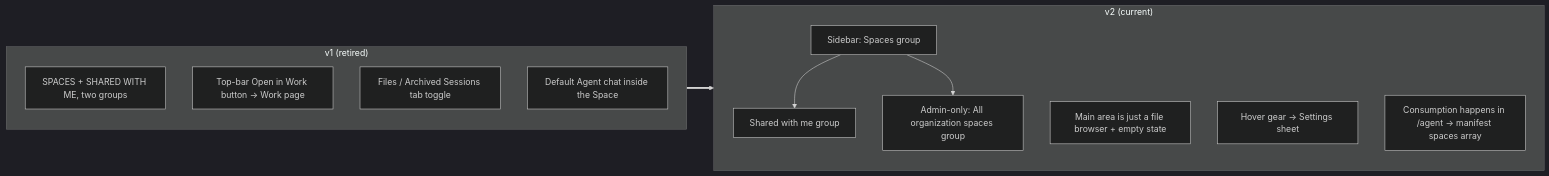
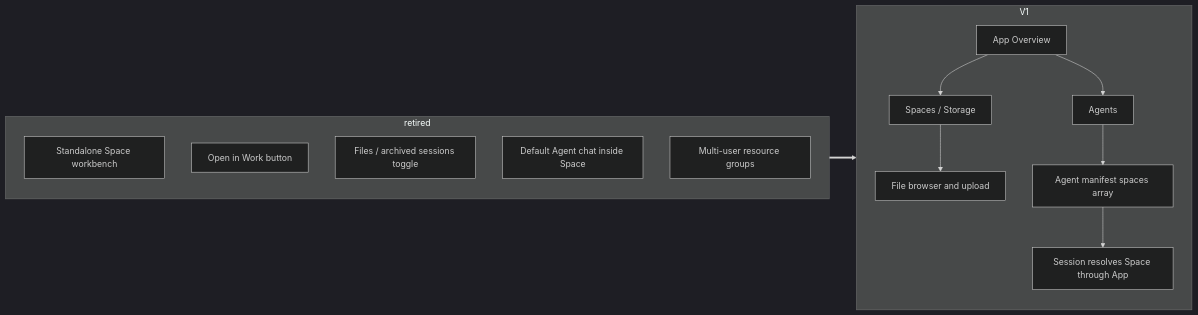
One commit to langgenius/mosoo changed the diagram in docs/prd/space-interaction.md. Above: the diagram before and after it, drawn with Mermaid (dark theme). The commit also changed other lines of this file and 71 other files, not shown here.

````diff
--- a/docs/prd/space-interaction.md
+++ b/docs/prd/space-interaction.md
@@ -52,20 +47,21 @@
 ```mermaid
 flowchart LR
-  subgraph Before["v1 (retired)"]
-    B1[SPACES + SHARED WITH ME, two groups]
-    B2[Top-bar Open in Work button -> Work page]
-    B3[Files / Archived Sessions tab toggle]
-    B4[Default Agent chat inside the Space]
+  subgraph Before["retired"]
+    B1[Standalone Space workbench]
+    B2[Open in Work button]
+    B3[Files / archived sessions toggle]
+    B4[Default Agent chat inside Space]
+    B5[Multi-user resource groups]
   end
 
-  subgraph After["v2 (current)"]
-    A1[Sidebar: Spaces group]
-    A1 --> A2[Shared with me group]
-    A1 --> A2b[Admin-only: All organization spaces group]
-    A3[Main area is just a file browser + empty state]
-    A4[Hover gear -> Settings sheet]
-    A5[Consumption happens in /agent -> manifest spaces array]
+  subgraph Current["V1"]
+    A1[App Overview]
+    A1 --> A2[Spaces / Storage]
+    A2 --> A3[File browser and upload]
+    A1 --> A4[Agents]
+    A4 --> A5[Agent manifest spaces array]
+    A5 --> A6[Session resolves Space through App]
   end
 
-  Before ==> After
+  Before ==> Current
 ```
````
